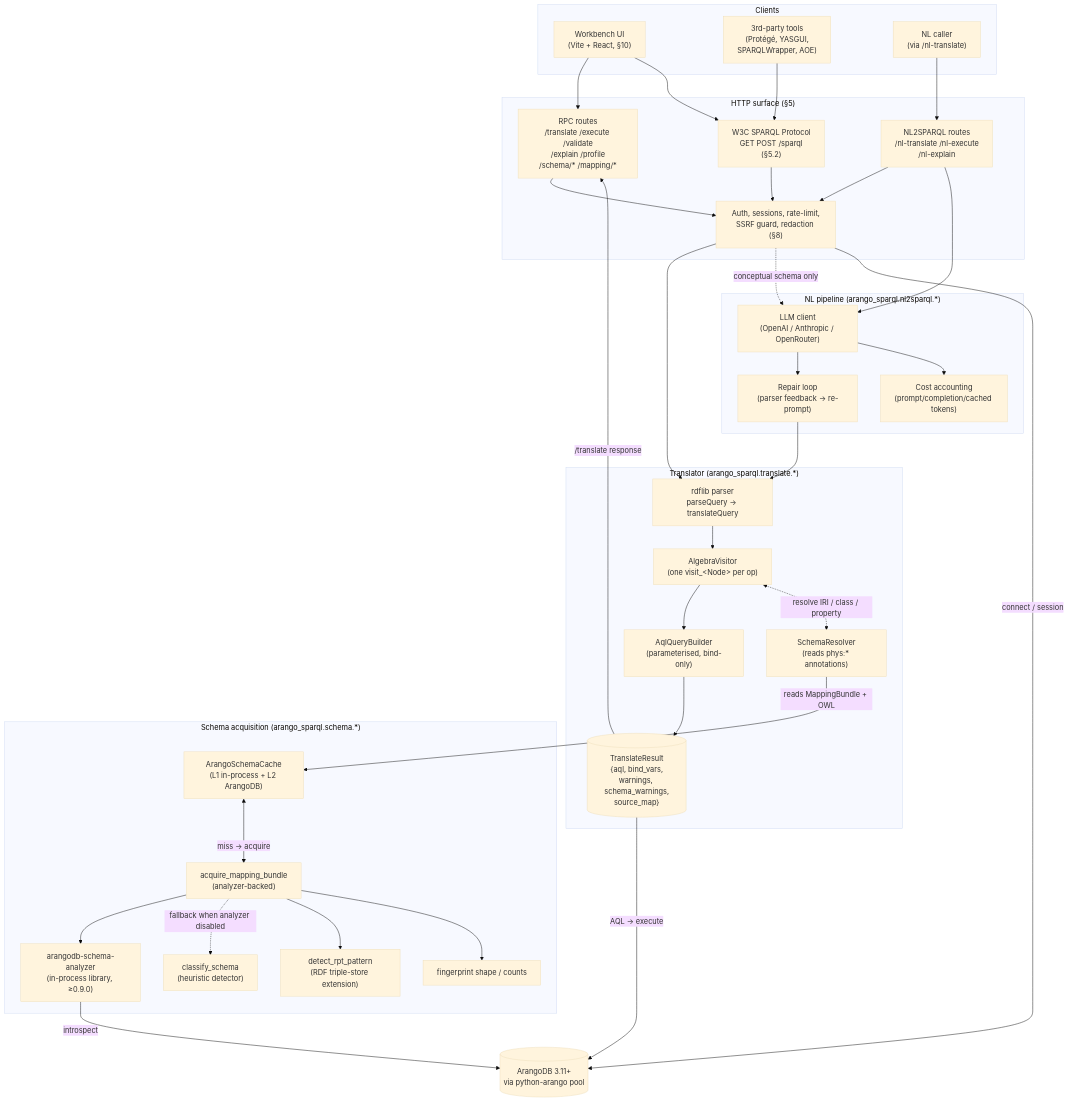
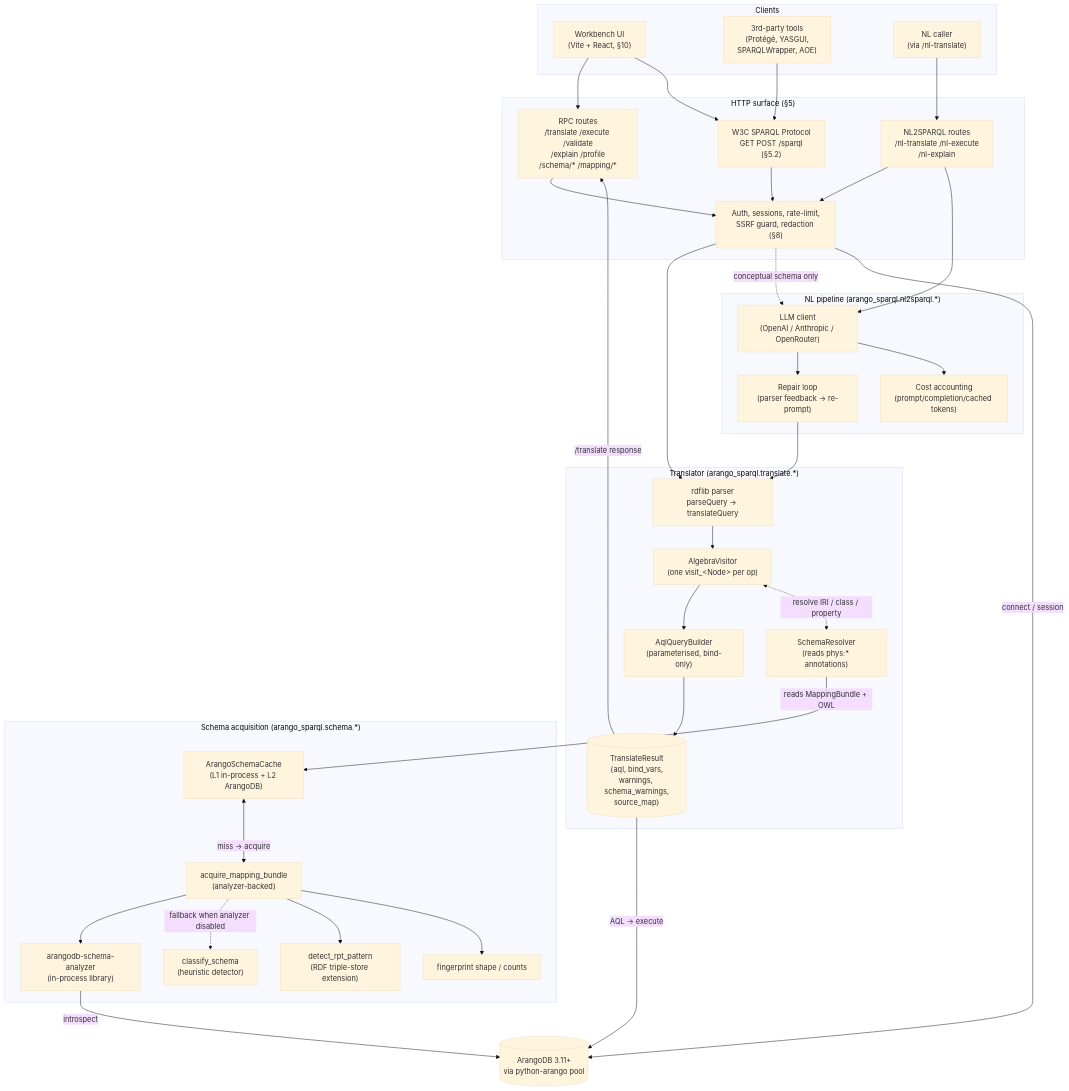
One commit to ArthurKeen/arango-sparql-py changed the diagram in docs/architecture/PRD.md. Above: the diagram before and after it, drawn with Mermaid (base theme). The commit also changed other lines of this file, not shown here.

````diff
--- a/docs/architecture/PRD.md
+++ b/docs/architecture/PRD.md
@@ -151,71 +151,71 @@
 ```mermaid
 flowchart TB
     subgraph clients["Clients"]
         UI["Workbench UI<br/>(Vite + React, §10)"]
         TPT["3rd-party tools<br/>(Protégé, YASGUI,<br/>SPARQLWrapper, AOE)"]
         NLU["NL caller<br/>(via /nl-translate)"]
     end
 
     subgraph http["HTTP surface (§5)"]
         RPC["RPC routes<br/>/translate /execute /validate<br/>/explain /profile<br/>/schema/* /mapping/*"]
         PROTO["W3C SPARQL Protocol<br/>GET POST /sparql<br/>(§5.2)"]
         NL["NL2SPARQL routes<br/>/nl-translate /nl-execute<br/>/nl-explain"]
         SEC["Auth, sessions, rate-limit,<br/>SSRF guard, redaction (§8)"]
     end
 
     subgraph translator["Translator (arango_sparql.translate.*)"]
         PARSE["rdflib parser<br/>parseQuery → translateQuery"]
         VISIT["AlgebraVisitor<br/>(one visit_&lt;Node&gt; per op)"]
         BUILD["AqlQueryBuilder<br/>(parameterised, bind-only)"]
         RESOLVE["SchemaResolver<br/>(reads phys:* annotations)"]
         OUT[("TranslateResult<br/>{aql, bind_vars,<br/>warnings, schema_warnings,<br/>source_map}")]
     end
 
     subgraph schema["Schema acquisition (arango_sparql.schema.*)"]
         DETECT["classify_schema<br/>(heuristic detector)"]
         ACQ["acquire_mapping_bundle<br/>(analyzer-backed)"]
         RPT["detect_rpt_pattern<br/>(RDF triple-store extension)"]
         CACHE["ArangoSchemaCache<br/>(L1 in-process + L2 ArangoDB)"]
         FP["fingerprint shape / counts"]
-        ANA["arangodb-schema-analyzer<br/>(in-process library, ≥0.9.0)"]
+        ANA["arangodb-schema-analyzer<br/>(in-process library)"]
     end
 
     subgraph nlpipe["NL pipeline (arango_sparql.nl2sparql.*)"]
         LLM["LLM client<br/>(OpenAI / Anthropic / OpenRouter)"]
         REP["Repair loop<br/>(parser feedback → re-prompt)"]
         COST["Cost accounting<br/>(prompt/completion/cached tokens)"]
     end
 
     DB[("ArangoDB 3.11+<br/>via python-arango pool")]
 
     UI --> RPC
     UI --> PROTO
     TPT --> PROTO
     NLU --> NL
 
     RPC --> SEC
     PROTO --> SEC
     NL --> SEC
 
     SEC --> PARSE
     SEC -.->|conceptual schema only| LLM
     NL --> LLM
     LLM --> REP
     REP --> PARSE
     LLM --> COST
 
     PARSE --> VISIT --> BUILD --> OUT
     VISIT <-.->|resolve IRI / class / property| RESOLVE
 
     RESOLVE -->|reads MappingBundle + OWL| CACHE
     CACHE <-->|miss → acquire| ACQ
     ACQ --> ANA
     ACQ -.->|fallback when analyzer disabled| DETECT
     ACQ --> RPT
     ACQ --> FP
 
     OUT -->|/translate response| RPC
     OUT -->|AQL → execute| DB
     ANA -->|introspect| DB
     SEC -->|connect / session| DB
 ```
````
